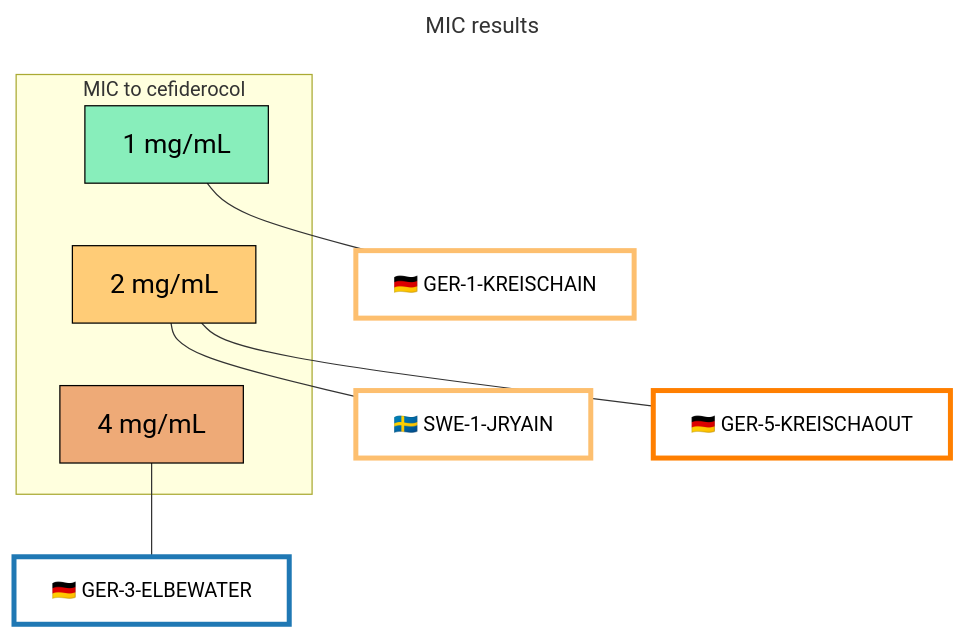
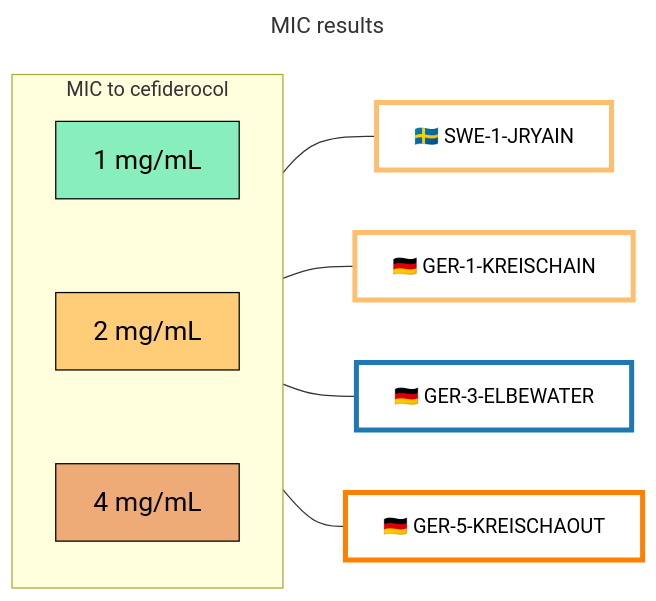
Before and after one commit to RemiGSC/Mgf_FDC: the second of 2 diagrams in README.md, drawn with Mermaid.

````diff
--- a/README.md
+++ b/README.md
@@ -77,29 +77,30 @@
 ```mermaid
 ---
 title: MIC results
 ---
 
-graph TD
+graph LR
 	subgraph MIC [MIC to cefiderocol]
+		direction TD
 		Two[2 mg/mL]
 		One[1 mg/mL]
 		Four[4 mg/mL]
 		One ~~~ Two ~~~ Four
 	end
 
 Two[2 mg/mL] --- C1[🇸🇪 SWE-1-JRYAIN]
 One[1 mg/mL] --- C3a[🇩🇪 GER-1-KREISCHAIN]
 Four[4 mg/mL] --- C3b[🇩🇪 GER-3-ELBEWATER]
 Two --- C3c[🇩🇪 GER-5-KREISCHAOUT]
 
 
 style One stroke:#000,fill:#8eb,font-size:110%,color:#000
 style Two stroke:#000,fill:#fc7,font-size:110%,color:#000
 style Four stroke:#000,fill:#ea7,font-size:110%,color:#000
 
 style C1 stroke:#fdbf6f,fill:#fff,color:#000,stroke-width:4px
 style C3a stroke:#fdbf6f,fill:#fff,color:#000,stroke-width:4px
 style C3b stroke:#1f78b4,fill:#fff,color:#000,stroke-width:4px
 style C3c stroke:#ff7f00,fill:#fff,color:#000,stroke-width:4px
 
 ```
````
